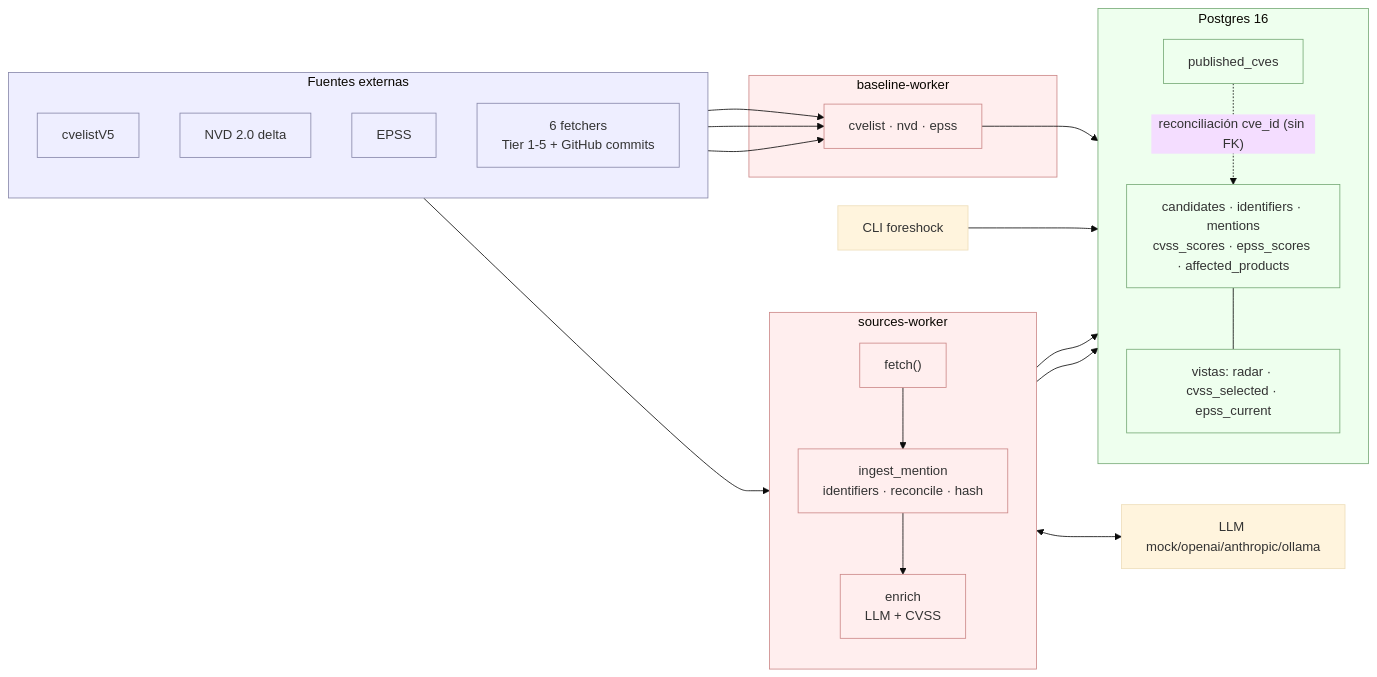
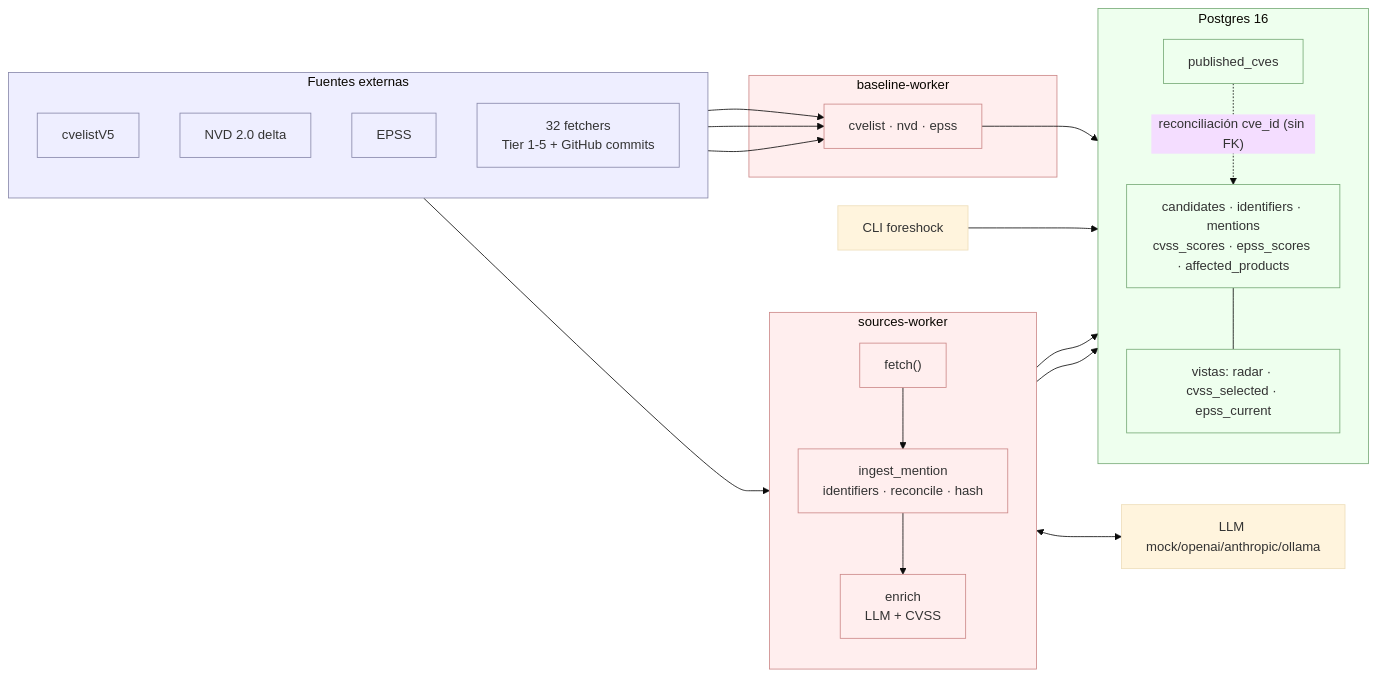
Before and after one commit to aramosf/foreshock: the diagram in README.es.md, drawn with Mermaid (base theme). The commit also changed other lines of this file and 17 other files, not shown here.

First line of the commit message:
docs: revisión completa doc-vs-código + diagrama conceptual de proceso

````diff
--- a/README.es.md
+++ b/README.es.md
@@ -36,43 +52,43 @@
 ```mermaid
 flowchart LR
     subgraph EXT["Fuentes externas"]
         direction TB
         CVELIST["cvelistV5"]
         NVD["NVD 2.0 delta"]
         EPSSAPI["EPSS"]
-        SRC["6 fetchers<br/>Tier 1-5 + GitHub commits"]
+        SRC["32 fetchers<br/>Tier 1-5 + GitHub commits"]
     end
     subgraph BW["baseline-worker"]
         JOBS["cvelist · nvd · epss"]
     end
     subgraph SW["sources-worker"]
         direction TB
         FETCH["fetch()"] --> INGEST["ingest_mention<br/>identifiers · reconcile · hash"] --> ENRICH["enrich<br/>LLM + CVSS"]
     end
     LLM["LLM mock/openai/anthropic/ollama"]
     subgraph PG["Postgres 16"]
         direction TB
         PUB["published_cves"]
         DATA["candidates · identifiers · mentions<br/>cvss_scores · epss_scores · affected_products"]
         VIEW["vistas: radar · cvss_selected · epss_current"]
     end
     CLI["CLI foreshock"]
     CVELIST --> JOBS
     NVD --> JOBS
     EPSSAPI --> JOBS
     SRC --> FETCH
     JOBS --> PUB
     INGEST --> DATA
     ENRICH --> DATA
     ENRICH <--> LLM
     PUB -. "reconciliación cve_id (sin FK)" .-> DATA
     DATA --- VIEW
     CLI --> PG
 
     classDef ext fill:#eef,stroke:#88a;
     classDef store fill:#efe,stroke:#7a7;
     classDef proc fill:#fee,stroke:#c88;
     class EXT,CVELIST,NVD,EPSSAPI,SRC ext;
     class PG,PUB,DATA,VIEW store;
     class BW,SW,JOBS,FETCH,INGEST,ENRICH proc;
 ```
````
